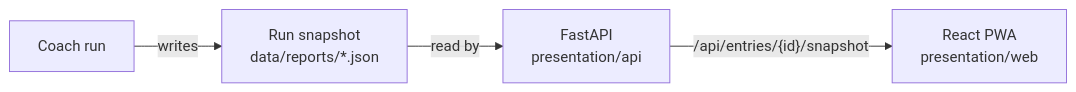
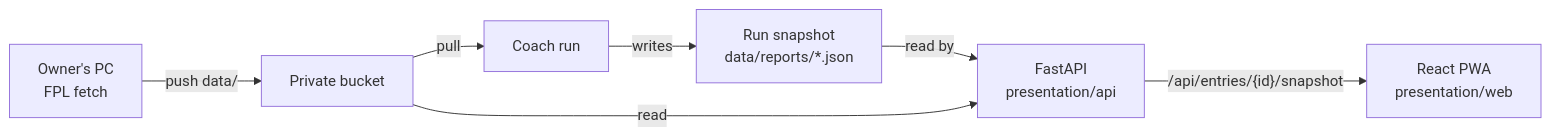
Before and after one commit to harrycjturner04/fpl-ai-coach: the second of 2 diagrams in docs/overview.md, drawn with Mermaid. The commit also changed other lines of this file and 3 other files, not shown here.

````diff
--- a/docs/overview.md
+++ b/docs/overview.md
@@ -100,6 +101,9 @@
 ```mermaid
 flowchart LR
     C["Coach run"] -->|"writes"| S["Run snapshot<br/>data/reports/*.json"]
     S -->|"read by"| A["FastAPI<br/>presentation/api"]
     A -->|"/api/entries/{id}/snapshot"| W["React PWA<br/>presentation/web"]
+    PC["Owner's PC<br/>FPL fetch"] -->|"push data/"| G["Private bucket"]
+    G -->|"pull"| C
+    G -->|"read"| A
 ```
````
